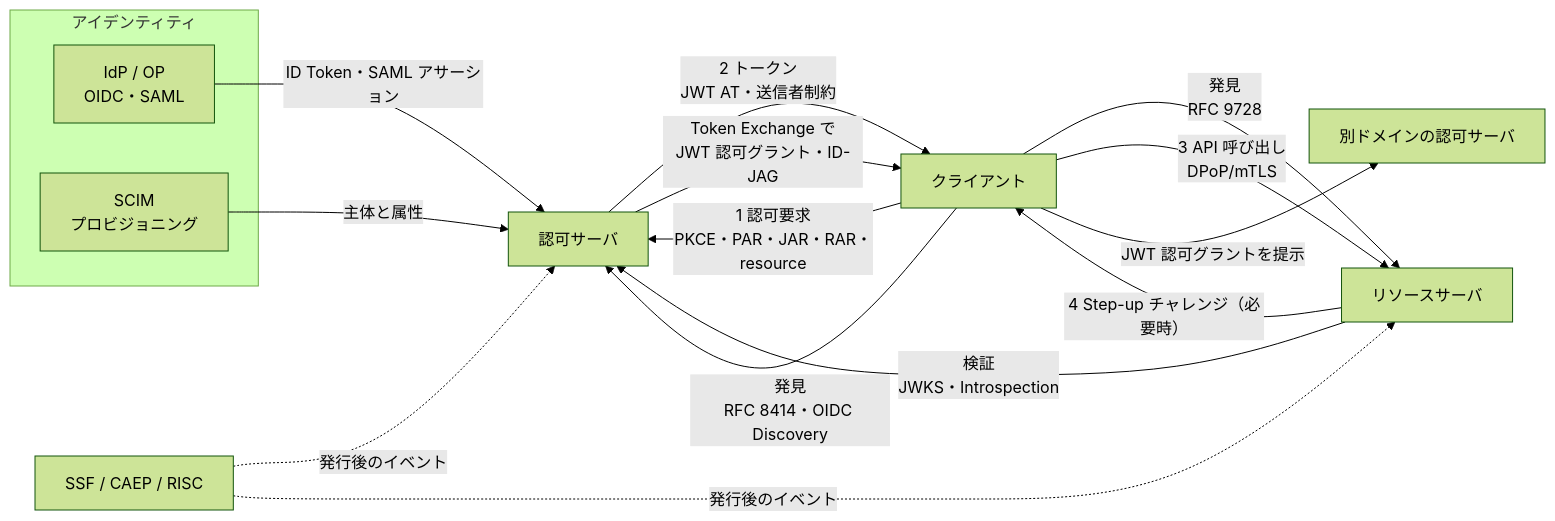
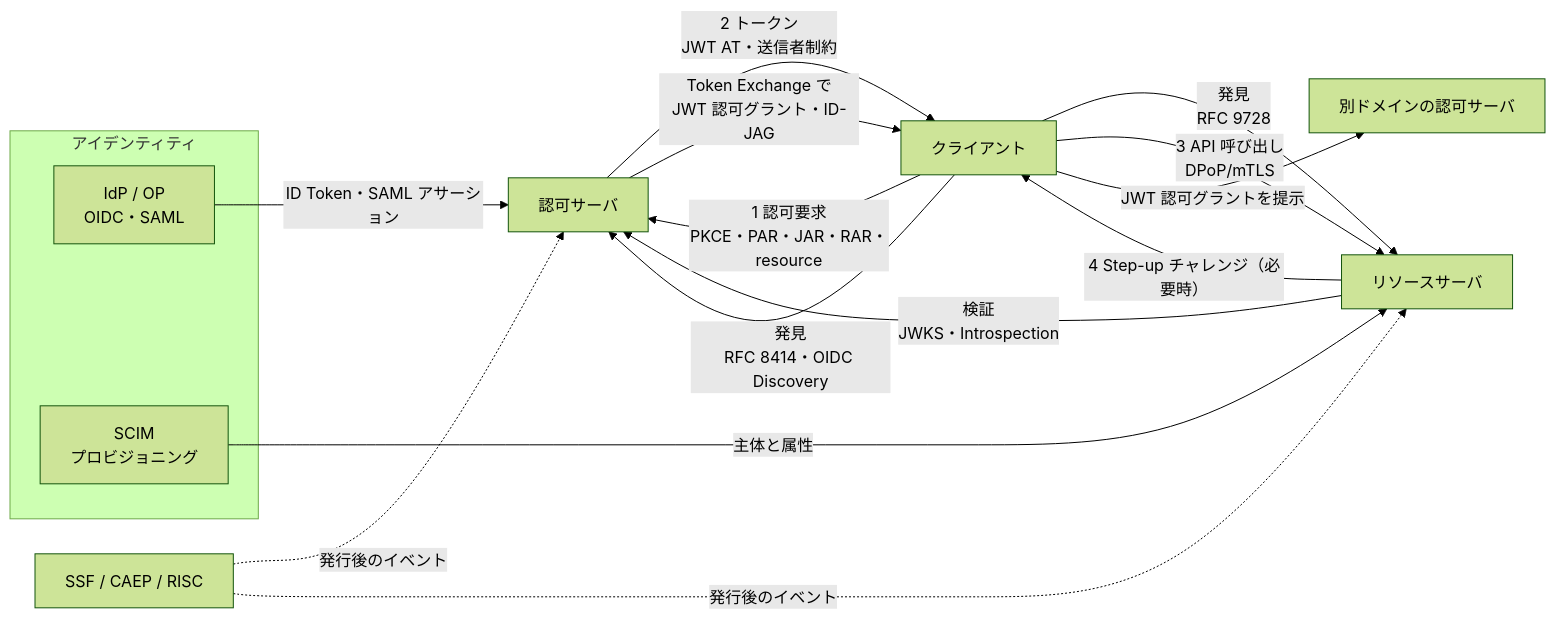
One commit to bmf-san/bmf-tech changed the diagram in content/ja/posts/oauth-standards-map-authorization-platform.md. Above: the diagram before and after it, drawn with Mermaid (forest theme). The commit also changed other lines of this file and 1 other file, not shown here.

````diff
--- a/content/ja/posts/oauth-standards-map-authorization-platform.md
+++ b/content/ja/posts/oauth-standards-map-authorization-platform.md
@@ -50,20 +50,20 @@
 ```mermaid
 flowchart LR
   subgraph ID["アイデンティティ"]
     IdP["IdP / OP<br/>OIDC・SAML"]
     SCIM["SCIM<br/>プロビジョニング"]
   end
   C["クライアント"] -- "1 認可要求<br/>PKCE・PAR・JAR・RAR・resource" --> AS["認可サーバ"]
   C -- "発見<br/>RFC 9728" --> RS["リソースサーバ"]
   C -- "発見<br/>RFC 8414・OIDC Discovery" --> AS
   AS -- "2 トークン<br/>JWT AT・送信者制約" --> C
   C -- "3 API 呼び出し<br/>DPoP/mTLS" --> RS
   RS -- "検証<br/>JWKS・Introspection" --> AS
   RS -- "4 Step-up チャレンジ（必要時）" --> C
   IdP -- "ID Token・SAML アサーション" --> AS
-  SCIM -- "主体と属性" --> AS
+  SCIM -- "主体と属性" --> RS
   T["SSF / CAEP / RISC"] -. "発行後のイベント" .-> AS
   T -. "発行後のイベント" .-> RS
   AS -- "Token Exchange で<br/>JWT 認可グラント・ID-JAG" --> C
   C -- "JWT 認可グラントを提示" --> AS2["別ドメインの認可サーバ"]
 ```
````
